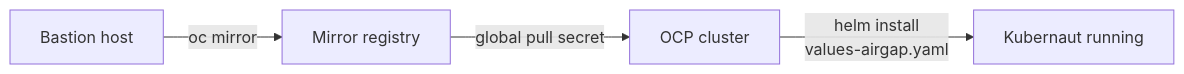
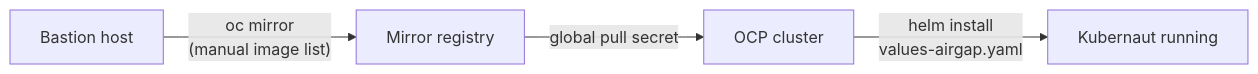
The second of 2 diagrams in docs/operations/disconnected-install.md (jordigilh/kubernaut-docs), drawn with Mermaid before and after one commit. The commit also changed other lines of this file, not shown here.

````diff
--- a/docs/operations/disconnected-install.md
+++ b/docs/operations/disconnected-install.md
@@ -439,6 +596,6 @@
 ```mermaid
 flowchart LR
-    A["Bastion host"] -->|"oc mirror"| B["Mirror registry"]
+    A["Bastion host"] -->|"oc mirror<br/>(manual image list)"| B["Mirror registry"]
     B -->|"global pull secret"| C["OCP cluster"]
     C -->|"helm install<br/>values-airgap.yaml"| D["Kubernaut running"]
 ```
````
